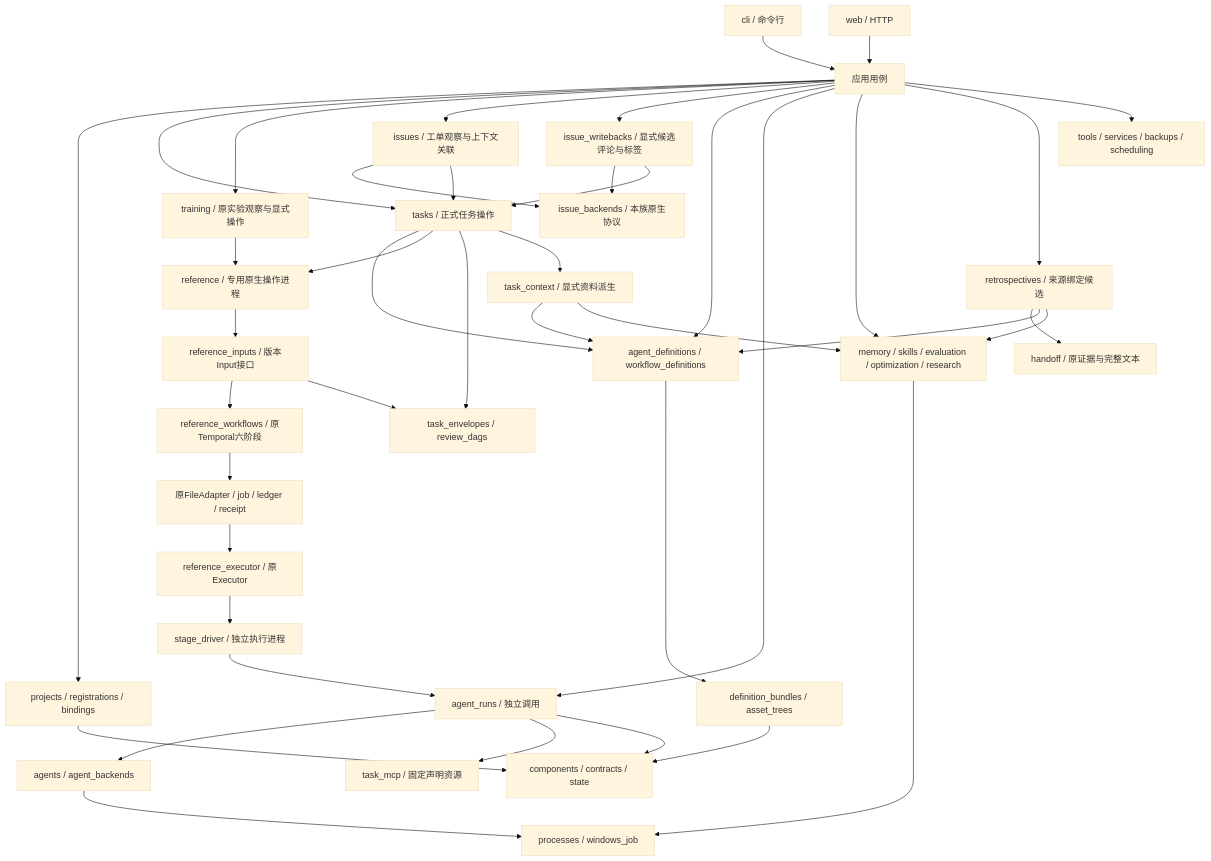
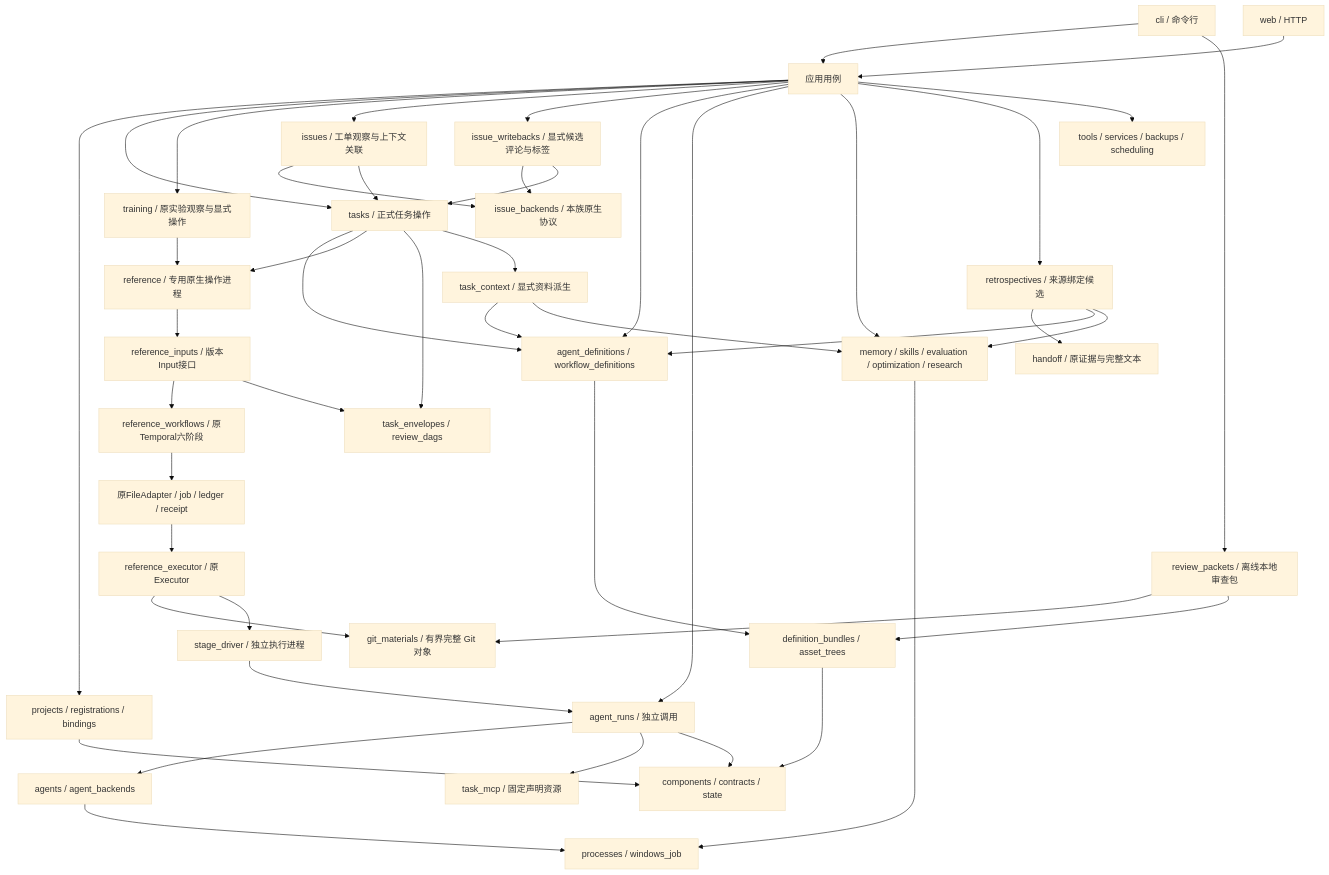
Before and after one commit to 626619403/Ergora: the first of 8 diagrams in docs/architecture/current.md, drawn with Mermaid (base theme). The commit also changed other lines of this file and 16 other files, not shown here.

Commit message:
feat: prepare offline exact-source review packets

````diff
--- a/docs/architecture/current.md
+++ b/docs/architecture/current.md
@@ -13,44 +15,48 @@
 ```mermaid
 flowchart TB
   CLI[cli / 命令行] --> Uses[应用用例]
+  CLI --> ReviewPackets[review_packets / 离线本地审查包]
+  ReviewPackets --> GitMaterials[git_materials / 有界完整 Git 对象]
+  ReviewPackets --> Bundles
   HTTP[web / HTTP] --> Uses
   Uses --> Project[projects / registrations / bindings]
   Uses --> Tasks[tasks / 正式任务操作]
   Uses --> Training[training / 原实验观察与显式操作]
   Training --> Reference
   Uses --> Issues[issues / 工单观察与上下文关联]
   Issues --> IssueBackends[issue_backends / 本族原生协议]
   Issues --> Tasks
   Uses --> Writebacks[issue_writebacks / 显式候选评论与标签]
   Writebacks --> IssueBackends
   Writebacks --> Tasks
   Uses --> Library[agent_definitions / workflow_definitions]
   Uses --> Runs[agent_runs / 独立调用]
   Uses --> Evolution[memory / skills / evaluation / optimization / research]
   Uses --> Retrospective[retrospectives / 来源绑定候选]
   Retrospective --> Evidence[handoff / 原证据与完整文本]
   Retrospective --> Library
   Retrospective --> Evolution
   Uses --> Ops[tools / services / backups / scheduling]
   Library --> Bundles[definition_bundles / asset_trees]
   Tasks --> Library
   Tasks --> Reference[reference / 专用原生操作进程]
   Reference --> Input[reference_inputs / 版本Input接口]
   Input --> Flow[reference_workflows / 原Temporal六阶段]
   Flow --> Files[原FileAdapter / job / ledger / receipt]
   Files --> Executor[reference_executor / 原Executor]
+  Executor --> GitMaterials
   Executor --> Driver[stage_driver / 独立执行进程]
   Driver --> Runs
   Runs --> Agents[agents / agent_backends]
   Runs --> MCP[task_mcp / 固定声明资源]
   Agents --> Processes[processes / windows_job]
   Evolution --> Processes
   Project --> Base[components / contracts / state]
   Bundles --> Base
   Runs --> Base
   Tasks --> Envelope[task_envelopes / review_dags]
   Tasks --> Context[task_context / 显式资料派生]
   Context --> Library
   Context --> Evolution
   Input --> Envelope
 ```
````
